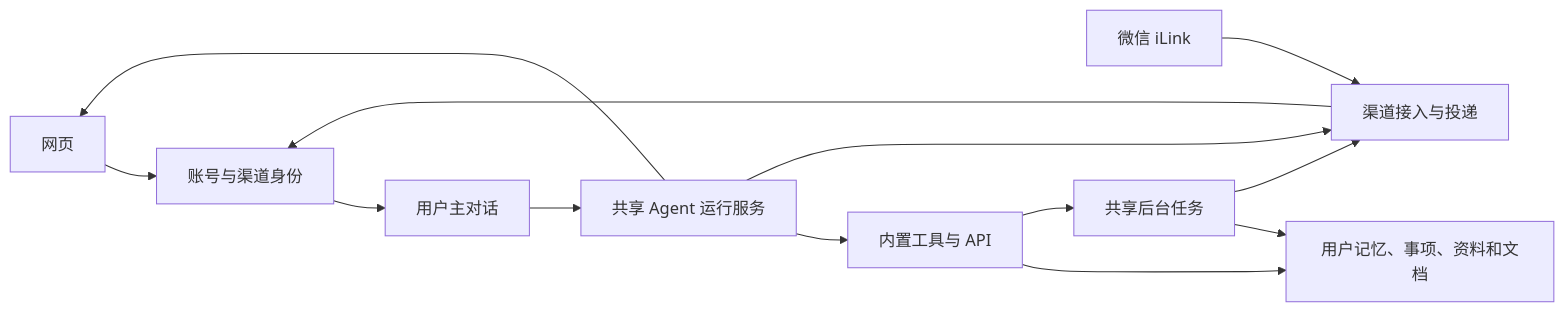
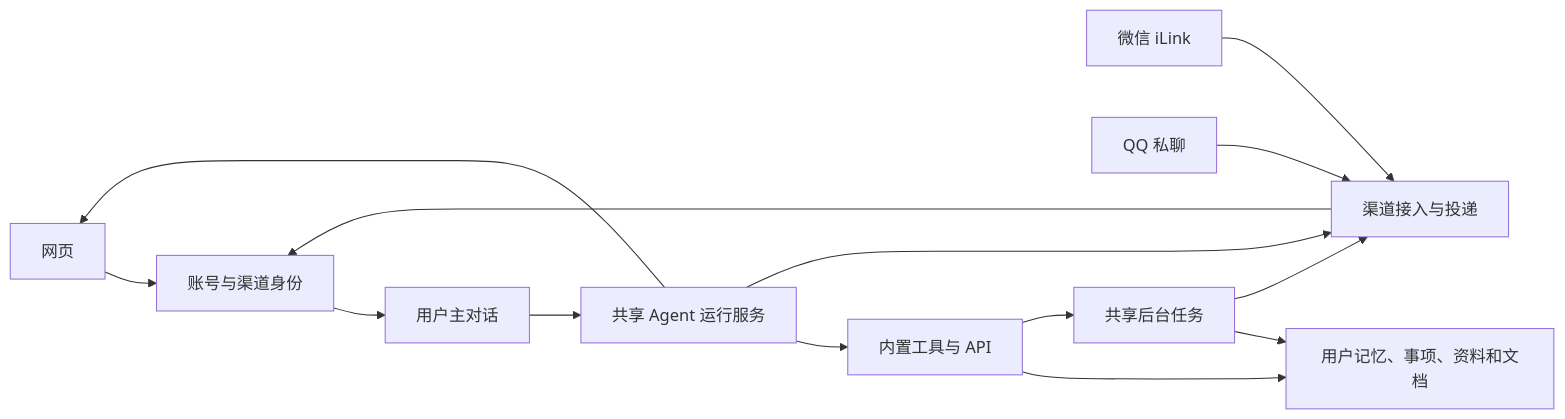
The diagram in docs/PRD.md (Jobo16/Cloud-Puffer), drawn with Mermaid before and after one commit. The commit also changed other lines of this file and 9 other files, not shown here.

````diff
--- a/docs/PRD.md
+++ b/docs/PRD.md
@@ -209,15 +229,16 @@
 ```mermaid
 flowchart LR
     Web[网页] --> Account[账号与渠道身份]
     WX[微信 iLink] --> Channel[渠道接入与投递]
+    QQ[QQ 私聊] --> Channel
     Channel --> Account
     Account --> Chat[用户主对话]
     Chat --> Agent[共享 Agent 运行服务]
     Agent --> Tools[内置工具与 API]
     Tools --> Data[用户记忆、事项、资料和文档]
     Tools --> Jobs[共享后台任务]
     Jobs --> Data
     Jobs --> Channel
     Agent --> Channel
     Agent --> Web
 ```
````
